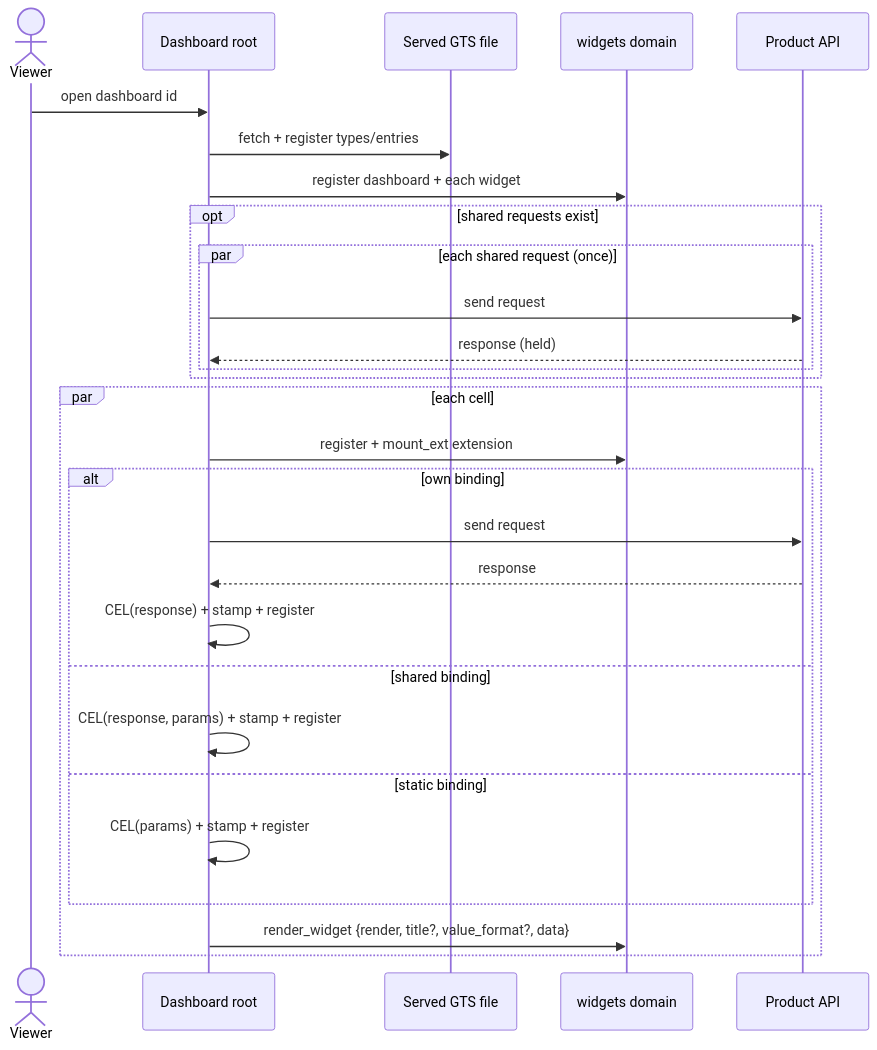
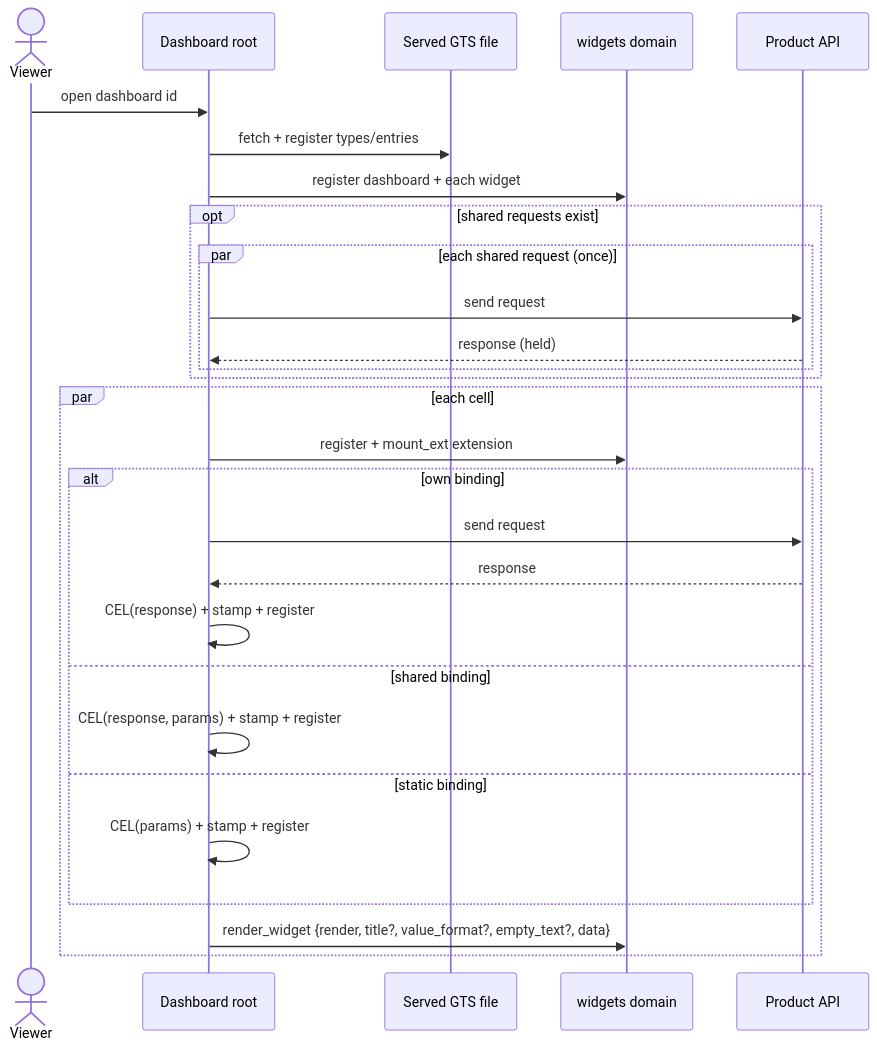
One commit to itechmeat/gears-frontx-templates changed the third of 3 diagrams in template-dashboard/architecture/DESIGN.md. Above: the diagram before and after it, drawn with Mermaid. The commit also changed other lines of this file and 32 other files, not shown here.

First line of the commit message:
feat(template-dashboard): a data widget shows the empty text its instance sets, and a metric_card can show a null value as a dash

````diff
--- a/template-dashboard/architecture/DESIGN.md
+++ b/template-dashboard/architecture/DESIGN.md
@@ -603,30 +606,30 @@
 ```mermaid
 sequenceDiagram
     actor V as Viewer
     participant R as Dashboard root
     participant F as Served GTS file
     participant W as widgets domain
     participant API as Product API
     V->>R: open dashboard id
     R->>F: fetch + register types/entries
     R->>W: register dashboard + each widget
     opt shared requests exist
         par each shared request (once)
             R->>API: send request
             API-->>R: response (held)
         end
     end
     par each cell
         R->>W: register + mount_ext extension
         alt own binding
             R->>API: send request
             API-->>R: response
             R->>R: CEL(response) + stamp + register
         else shared binding
             R->>R: CEL(response, params) + stamp + register
         else static binding
             R->>R: CEL(params) + stamp + register
         end
-        R->>W: render_widget {render, title?, value_format?, data}
+        R->>W: render_widget {render, title?, value_format?, empty_text?, data}
     end
 ```
````
